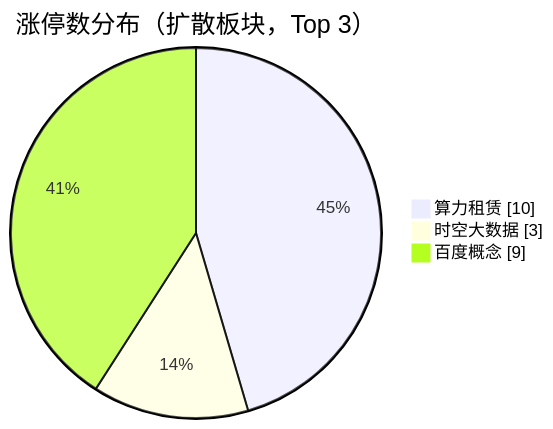
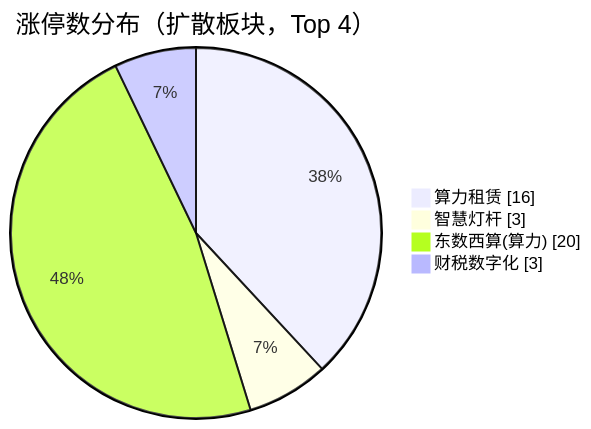
Before and after one commit to chenyang1999/chzl-kg: the first of 3 diagrams in content/投研交易/盘中分析/20261118.md, drawn with Mermaid. The commit also changed other lines of this file, not shown here.

````diff
--- a/content/投研交易/盘中分析/20261118.md
+++ b/content/投研交易/盘中分析/20261118.md
@@ -30,7 +30,8 @@
 ```mermaid
 pie showData
-    title 涨停数分布（扩散板块，Top 3）
-    "算力租赁" : 10
-    "时空大数据" : 3
-    "百度概念" : 9
+    title 涨停数分布（扩散板块，Top 4）
+    "算力租赁" : 16
+    "智慧灯杆" : 3
+    "东数西算(算力)" : 20
+    "财税数字化" : 3
 ```
````
